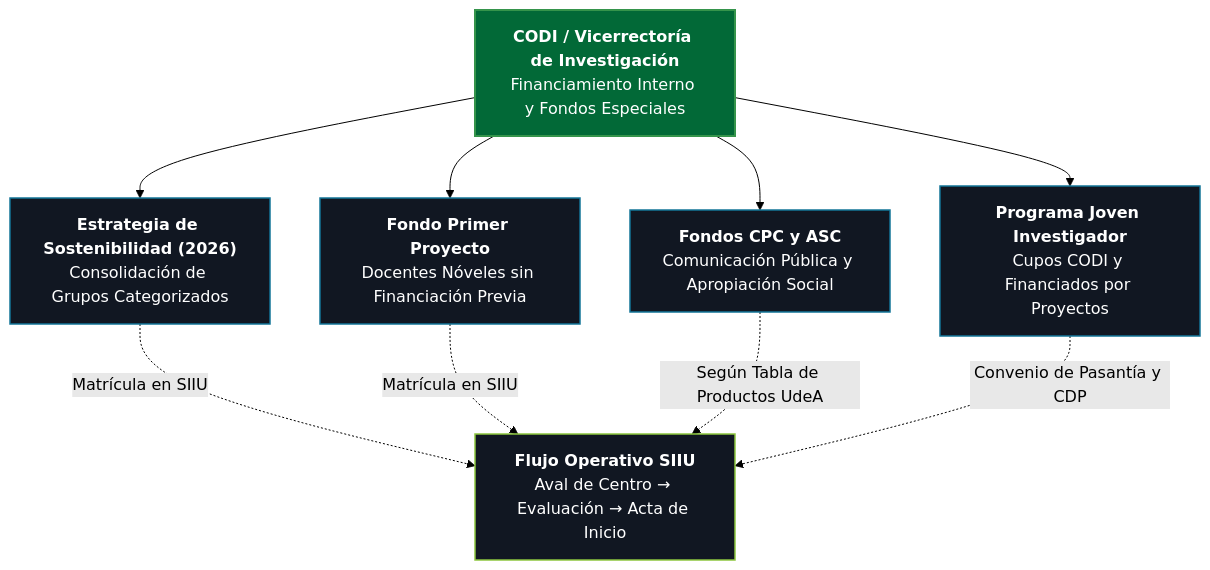
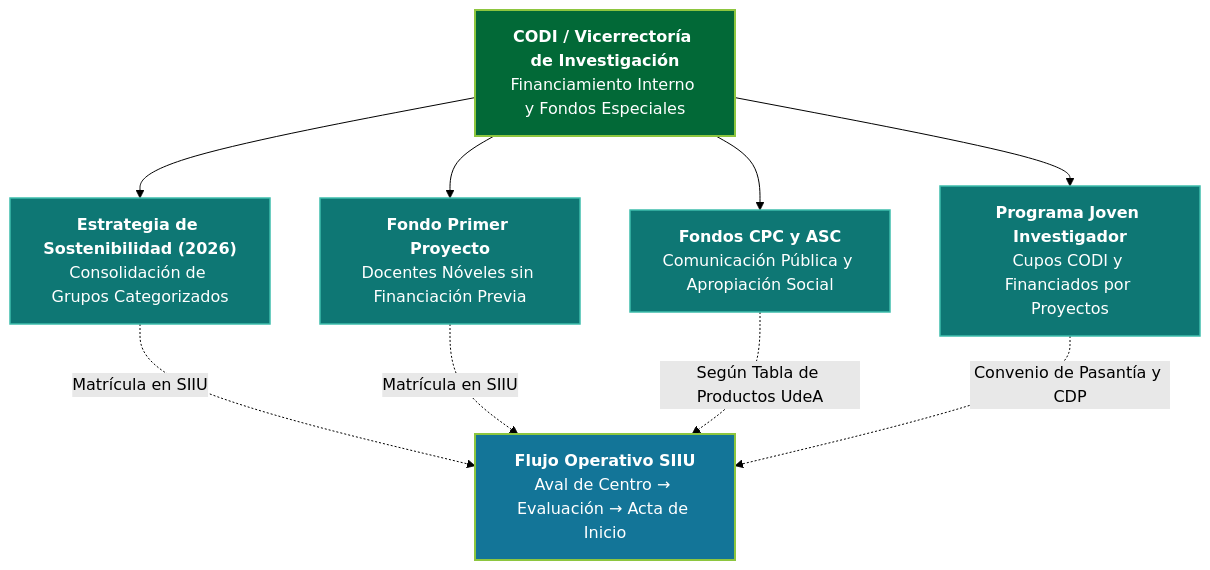
The diagram in docs/02_PROCESOS_CLAVE/Convocatorias_y_Fondos_CODI.md (Colors-svg/Wiki), drawn with Mermaid (forest theme) before and after one commit. The commit also changed 6 other files, not shown here.

Commit message:
fix(ui,mermaid): corregir contraste de flowcharts, pulir logo UdeA y aplicar paleta institucional

````diff
--- a/docs/02_PROCESOS_CLAVE/Convocatorias_y_Fondos_CODI.md
+++ b/docs/02_PROCESOS_CLAVE/Convocatorias_y_Fondos_CODI.md
@@ -10,23 +10,23 @@
 ```mermaid
 flowchart TD
-    classDef central fill:#026937,stroke:#35944B,stroke-width:2px,color:#FFFFFF;
-    classDef fondo fill:#111722,stroke:#137598,stroke-width:1.5px,color:#FFFFFF;
-    classDef accion fill:#111722,stroke:#8DC63F,stroke-width:1.5px,color:#FFFFFF;
+    classDef central fill:#026937,stroke:#8DC63F,stroke-width:2px,color:#FFFFFF;
+    classDef fondo fill:#0E7774,stroke:#3EBDAC,stroke-width:1.5px,color:#FFFFFF;
+    classDef accion fill:#137598,stroke:#8DC63F,stroke-width:2px,color:#FFFFFF;
 
     CODI["<b>CODI / Vicerrectoría de Investigación</b><br/>Financiamiento Interno y Fondos Especiales"]:::central
 
     SOST["<b>Estrategia de Sostenibilidad (2026)</b><br/>Consolidación de Grupos Categorizados"]:::fondo
     PRIMER["<b>Fondo Primer Proyecto</b><br/>Docentes Nóveles sin Financiación Previa"]:::fondo
     CPC["<b>Fondos CPC y ASC</b><br/>Comunicación Pública y Apropiación Social"]:::fondo
     JI["<b>Programa Joven Investigador</b><br/>Cupos CODI y Financiados por Proyectos"]:::fondo
 
     CODI --> SOST
     CODI --> PRIMER
     CODI --> CPC
     CODI --> JI
 
     SOST -. "Matrícula en SIIU" .-> SIIU["<b>Flujo Operativo SIIU</b><br/>Aval de Centro → Evaluación → Acta de Inicio"]:::accion
     PRIMER -. "Matrícula en SIIU" .-> SIIU
     CPC -. "Según Tabla de Productos UdeA" .-> SIIU
     JI -. "Convenio de Pasantía y CDP" .-> SIIU
 ```
````
